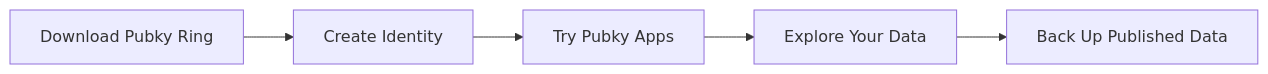
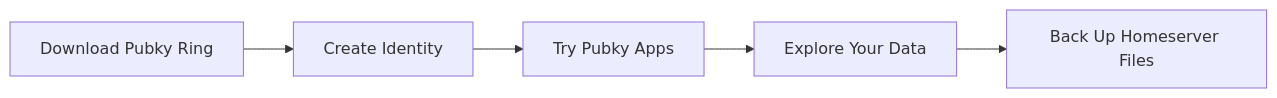
Before and after one commit to pubky/pubky-knowledge-base-v2: the diagram in src/content/docs/getting-started.md, drawn with Mermaid. The commit also changed other lines of this file and 5 other files, not shown here.

````diff
--- a/src/content/docs/getting-started.md
+++ b/src/content/docs/getting-started.md
@@ -12,7 +12,7 @@
 ```mermaid
 flowchart LR
     Ring[Download Pubky Ring] --> Identity[Create Identity]
     Identity --> App[Try Pubky Apps]
     App --> Data[Explore Your Data]
-    Data --> Backup[Back Up Published Data]
+    Data --> Backup[Back Up Homeserver Files]
 ```
````
